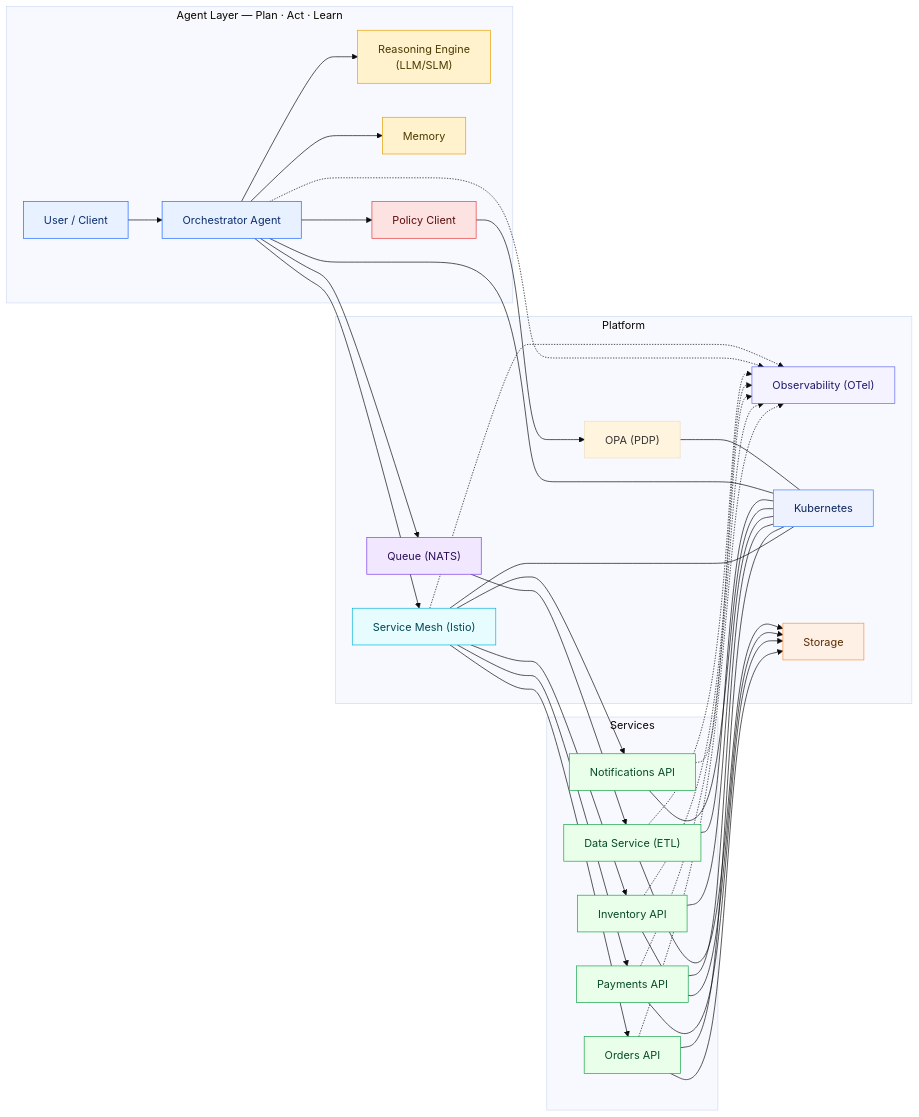
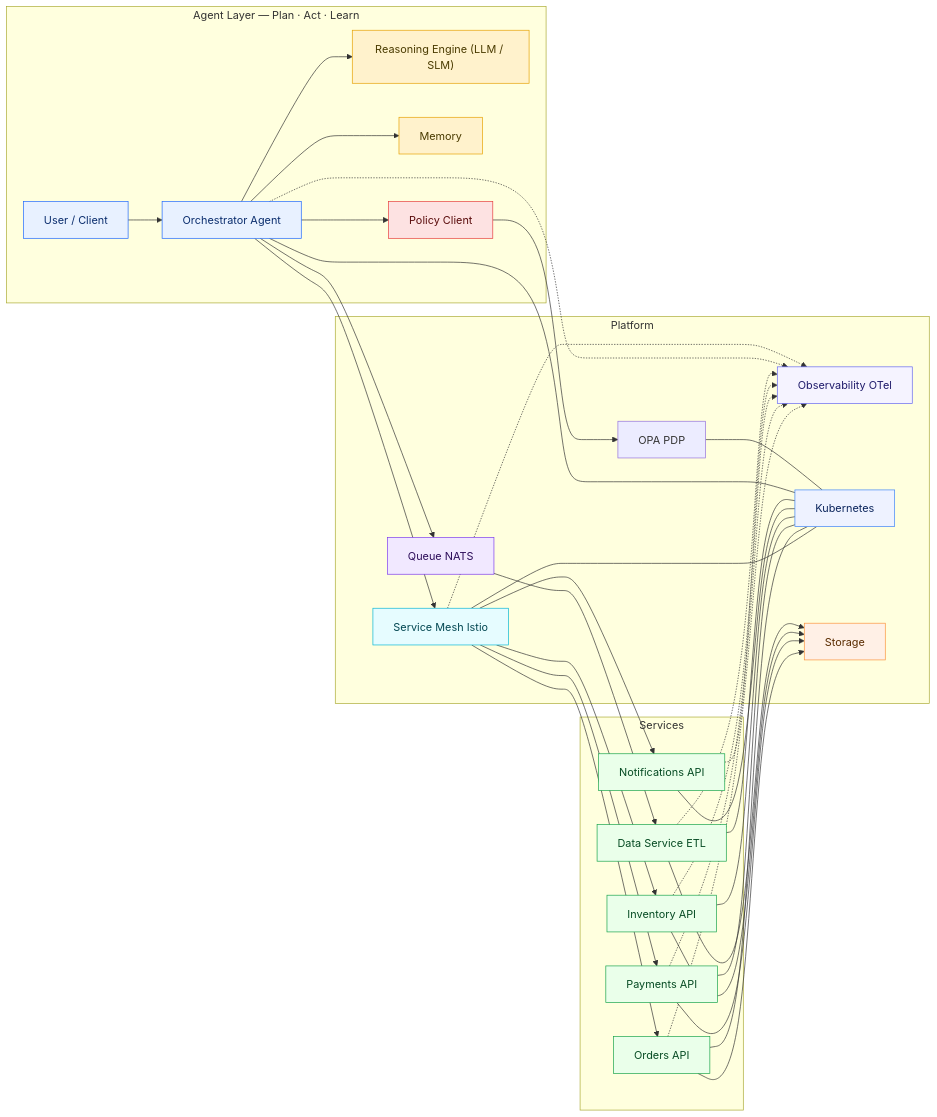
The first of 4 diagrams in README.md (4th/AgenticFabric), drawn with Mermaid before and after one commit. The commit also changed other lines of this file, not shown here.

Commit message:
Docs: fix Mermaid diagrams and governance sections

````diff
--- a/README.md
+++ b/README.md
@@ -34,10 +34,9 @@
 ```mermaid
-%%{init: {"theme":"base"}}%%
 flowchart LR
   subgraph A["Agent Layer — Plan · Act · Learn"]
     U["User / Client"]
     ORCH["Orchestrator Agent"]
-    LLM["Reasoning Engine<br/>(LLM/SLM)"]
+    LLM["Reasoning Engine (LLM / SLM)"]
     MEM["Memory"]
     POL["Policy Client"]
   end
@@ -47,29 +46,37 @@
     PAY["Payments API"]
     INV["Inventory API"]
     NOTI["Notifications API"]
-    ETL["Data Service (ETL)"]
+    ETL["Data Service ETL"]
   end
 
   subgraph P["Platform"]
-    MESH["Service Mesh (Istio)"]
-    Q["Queue (NATS)"]
-    OBS["Observability (OTel)"]
+    MESH["Service Mesh Istio"]
+    Q["Queue NATS"]
+    OBS["Observability OTel"]
     K8S["Kubernetes"]
     STO["Storage"]
-    OPA["OPA (PDP)"]
+    OPA["OPA PDP"]
   end
 
-  %% Edges
+  %% Agent edges
   U --> ORCH
   ORCH --> LLM
   ORCH --> MEM
   ORCH --> POL
   POL --> OPA
 
+  %% Service mesh fanout
   ORCH --> MESH
-  MESH --> ODR & PAY & INV & NOTI
+  MESH --> ODR
+  MESH --> PAY
+  MESH --> INV
+  MESH --> NOTI
+
+  %% Queue / ETL
   ORCH --> Q
   Q --> ETL
+
+  %% Storage
   ODR --> STO
   PAY --> STO
   INV --> STO
@@ -95,23 +102,23 @@
   OPA --- K8S
 
   %% Styling
-  classDef agent fill:#e8f1ff,stroke:#1b66ff,color:#0b2e6e;
-  classDef think fill:#fff2cc,stroke:#e6a100,color:#4a3b00;
-  classDef policy fill:#fde2e2,stroke:#e63b3b,color:#5a0c0c;
-  classDef svc fill:#eaffea,stroke:#16a34a,color:#064b23;
-  classDef mesh fill:#e6fcff,stroke:#06b6d4,color:#034752;
-  classDef queue fill:#f1e8ff,stroke:#7c3aed,color:#2d0d5a;
-  classDef store fill:#fff0e6,stroke:#fb923c,color:#5a2c00;
-  classDef obs fill:#f5f3ff,stroke:#6366f1,color:#1f1b6b;
-  classDef k8s fill:#eef2ff,stroke:#3b82f6,color:#0b255c;
+  classDef agent fill:#e8f1ff,stroke:#1b66ff,color:#0b2e6e
+  classDef think fill:#fff2cc,stroke:#e6a100,color:#4a3b00
+  classDef policy fill:#fde2e2,stroke:#e63b3b,color:#5a0c0c
+  classDef svc fill:#eaffea,stroke:#16a34a,color:#064b23
+  classDef mesh fill:#e6fcff,stroke:#06b6d4,color:#034752
+  classDef queue fill:#f1e8ff,stroke:#7c3aed,color:#2d0d5a
+  classDef store fill:#fff0e6,stroke:#fb923c,color:#5a2c00
+  classDef obs fill:#f5f3ff,stroke:#6366f1,color:#1f1b6b
+  classDef k8s fill:#eef2ff,stroke:#3b82f6,color:#0b255c
 
-  class U,ORCH agent;
-  class LLM,MEM think;
-  class POL policy;
-  class ODR,PAY,INV,NOTI,ETL svc;
-  class MESH mesh;
-  class Q queue;
-  class OBS obs;
-  class K8S k8s;
-  class STO store;
+  class U,ORCH agent
+  class LLM,MEM think
+  class POL policy
+  class ODR,PAY,INV,NOTI,ETL svc
+  class MESH mesh
+  class Q queue
+  class OBS obs
+  class K8S k8s
+  class STO store
 ```
````
